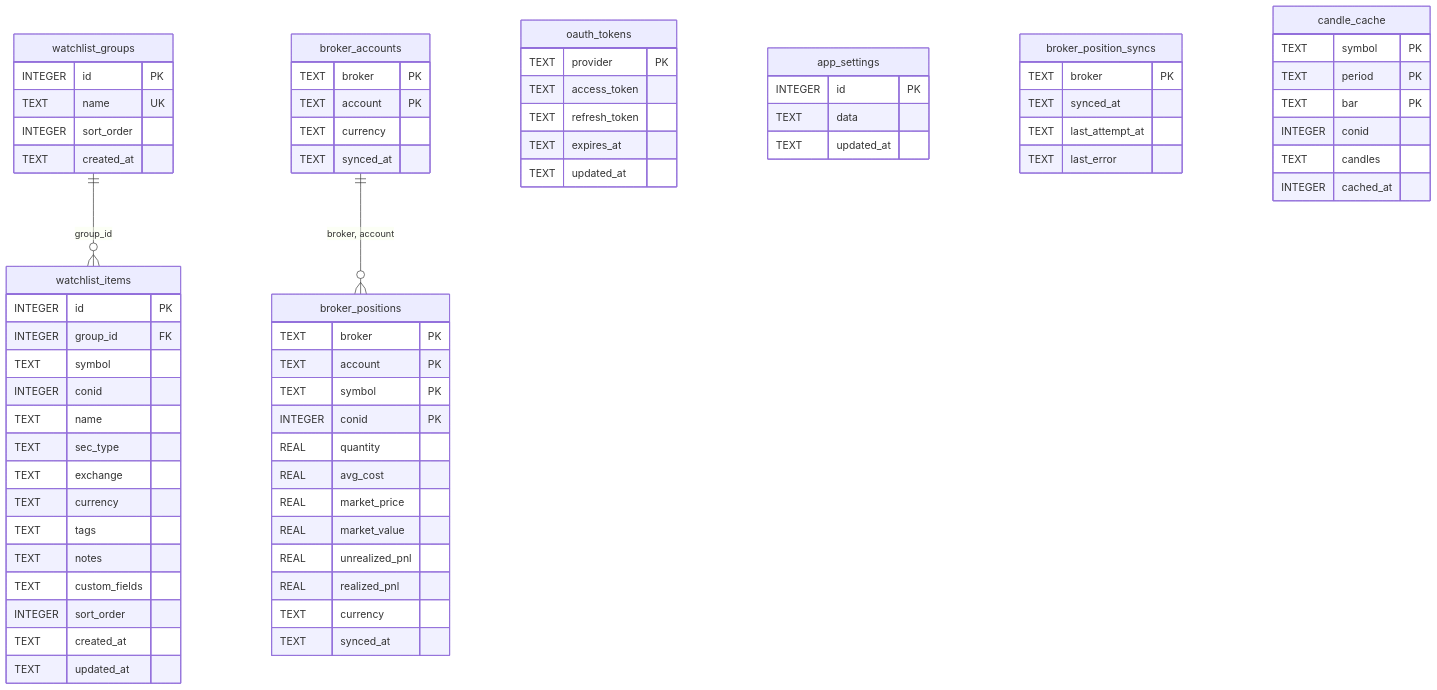
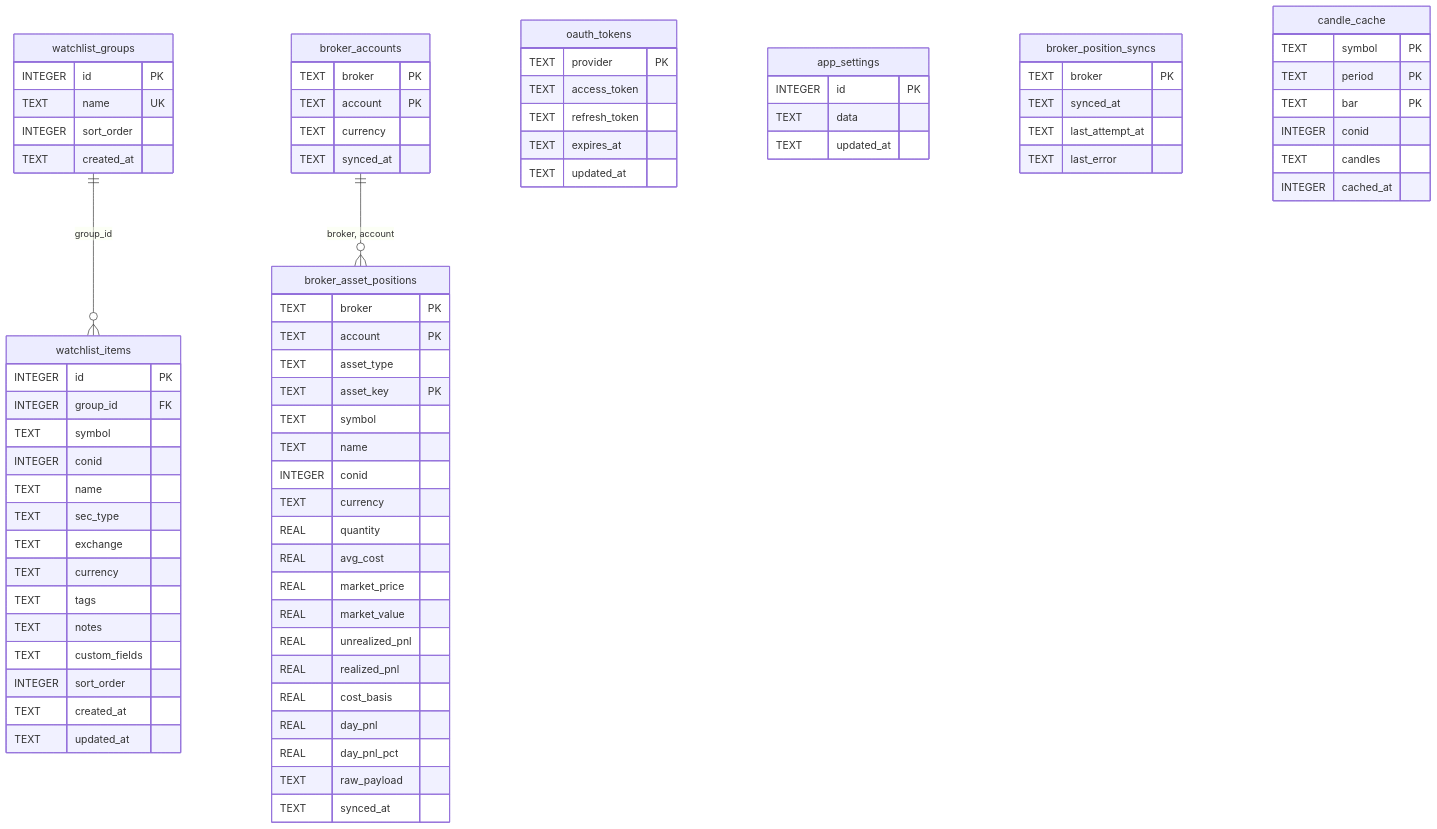
The diagram in docs/database-schema.md (nite0x/traio), drawn with Mermaid before and after one commit. The commit also changed other lines of this file and 22 other files, not shown here.

````diff
--- a/docs/database-schema.md
+++ b/docs/database-schema.md
@@ -29,7 +29,7 @@
 ```mermaid
 erDiagram
     watchlist_groups ||--o{ watchlist_items : "group_id"
-    broker_accounts ||--o{ broker_positions : "broker, account"
+    broker_accounts ||--o{ broker_asset_positions : "broker, account"
 
     watchlist_groups {
         INTEGER id PK
@@ -76,18 +76,25 @@
         TEXT synced_at
     }
 
-    broker_positions {
+    broker_asset_positions {
         TEXT broker PK
         TEXT account PK
-        TEXT symbol PK
-        INTEGER conid PK
+        TEXT asset_type
+        TEXT asset_key PK
+        TEXT symbol
+        TEXT name
+        INTEGER conid
+        TEXT currency
         REAL quantity
         REAL avg_cost
         REAL market_price
         REAL market_value
         REAL unrealized_pnl
         REAL realized_pnl
-        TEXT currency
+        REAL cost_basis
+        REAL day_pnl
+        REAL day_pnl_pct
+        TEXT raw_payload
         TEXT synced_at
     }
 
````
